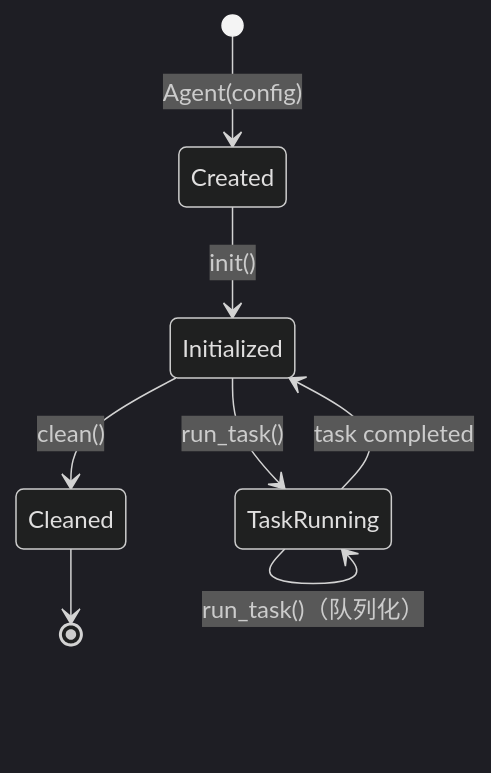
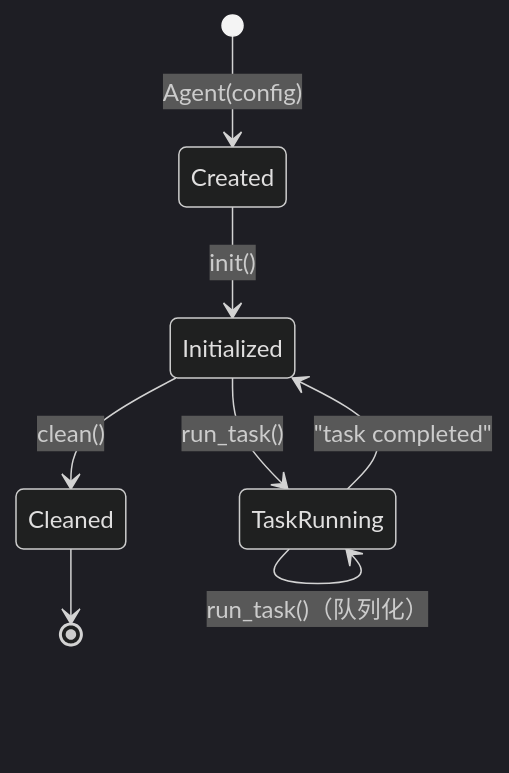
The fourth of 4 diagrams in docs/knowledge/learning/03-agent-platforms-tools/mobile-use-deep-learning-analysis.md (xinetzone/SpecWeave), drawn with Mermaid (dark theme) before and after one commit. The commit also changed other lines of this file and 75 other files, not shown here.

First line of the commit message:
fix(mermaid): 自动修复docs目录下67处Mermaid语法错误并更新私密报告引用路径

````diff
--- a/docs/knowledge/learning/03-agent-platforms-tools/mobile-use-deep-learning-analysis.md
+++ b/docs/knowledge/learning/03-agent-platforms-tools/mobile-use-deep-learning-analysis.md
@@ -727,10 +717,10 @@
 ```mermaid
 stateDiagram-v2
     [*] --> Created: Agent(config)
     Created --> Initialized: init()
     Initialized --> TaskRunning: run_task()
     TaskRunning --> TaskRunning: run_task()（队列化）
-    TaskRunning --> Initialized: task completed
+    TaskRunning --> Initialized: "task completed"
     Initialized --> Cleaned: clean()
     Cleaned --> [*]
 ```
````
